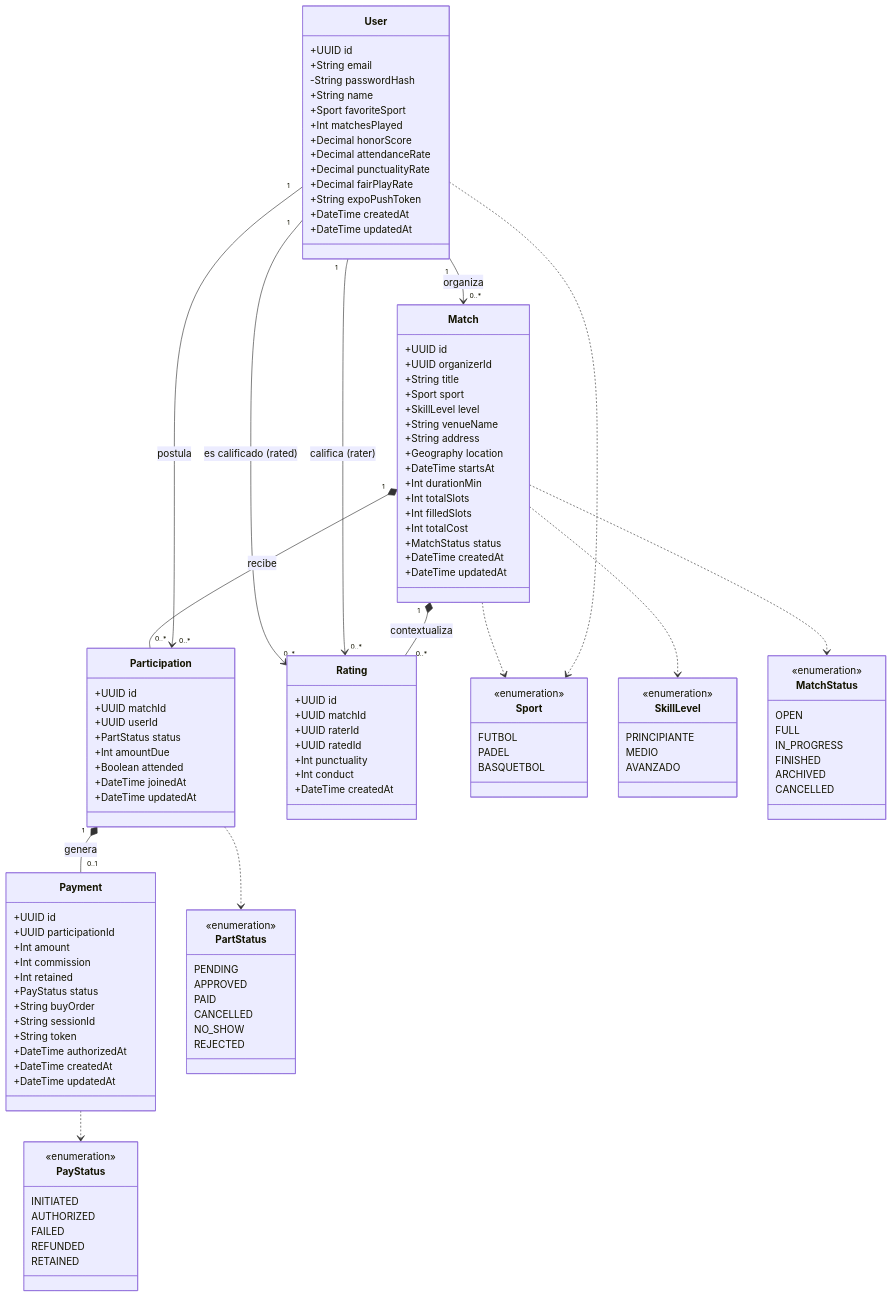
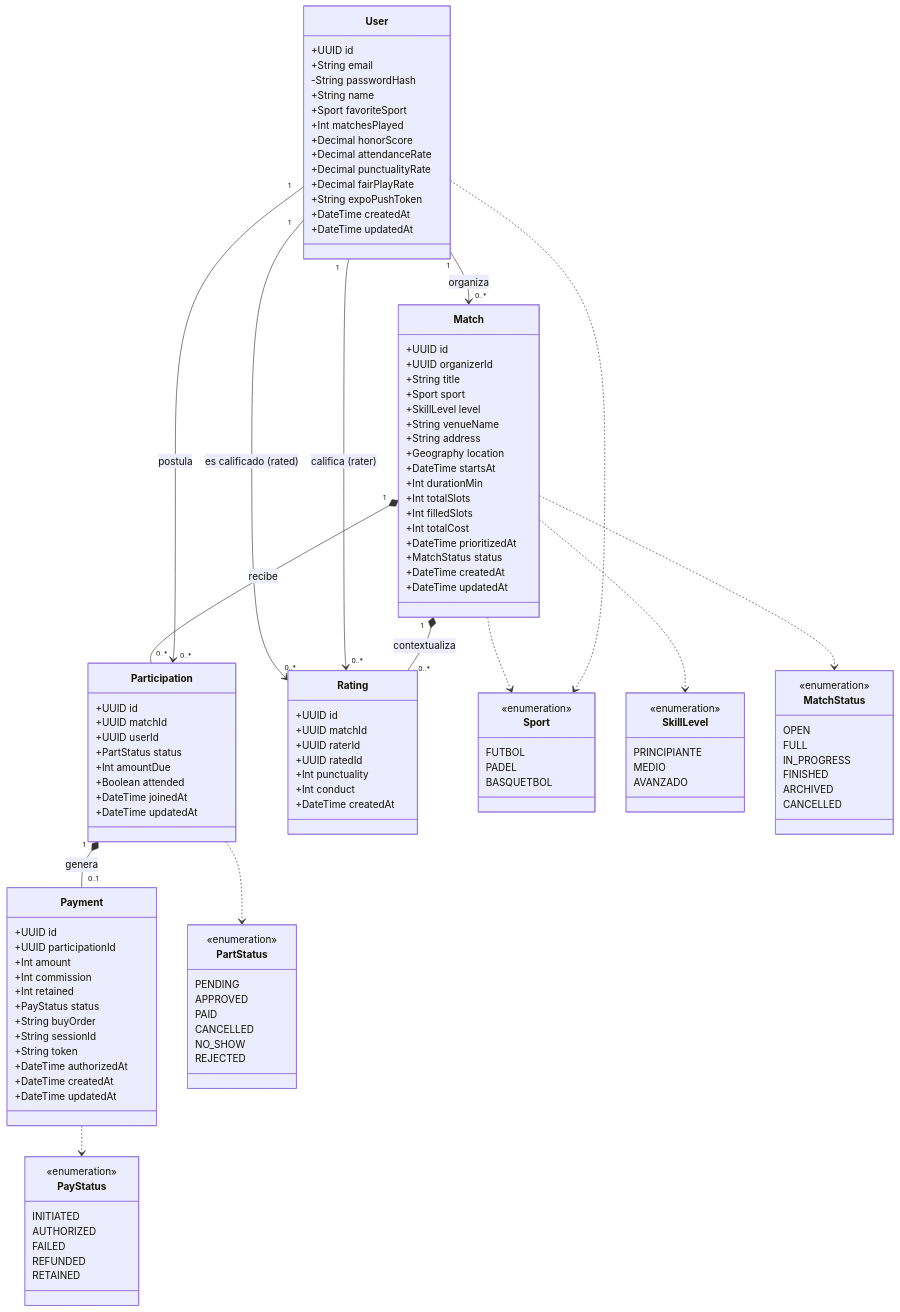
The diagram in fase-2-desarrollo/docs/diagramas/clases-dominio.mmd (avenaaaa/KANCHA), drawn with Mermaid before and after one commit. The commit also changed 19 other files, not shown here.

First line of the commit message:
docs: "Falta uno" destacado en reglas, modelo de datos, diagramas y pruebas (KAN-41)

```diff
--- a/fase-2-desarrollo/docs/diagramas/clases-dominio.mmd
+++ b/fase-2-desarrollo/docs/diagramas/clases-dominio.mmd
@@ -1,131 +1,132 @@
 classDiagram
     direction TB
 
     class User {
         +UUID id
         +String email
         -String passwordHash
         +String name
         +Sport favoriteSport
         +Int matchesPlayed
         +Decimal honorScore
         +Decimal attendanceRate
         +Decimal punctualityRate
         +Decimal fairPlayRate
         +String expoPushToken
         +DateTime createdAt
         +DateTime updatedAt
     }
 
     class Match {
         +UUID id
         +UUID organizerId
         +String title
         +Sport sport
         +SkillLevel level
         +String venueName
         +String address
         +Geography location
         +DateTime startsAt
         +Int durationMin
         +Int totalSlots
         +Int filledSlots
         +Int totalCost
+        +DateTime prioritizedAt
         +MatchStatus status
         +DateTime createdAt
         +DateTime updatedAt
     }
 
     class Participation {
         +UUID id
         +UUID matchId
         +UUID userId
         +PartStatus status
         +Int amountDue
         +Boolean attended
         +DateTime joinedAt
         +DateTime updatedAt
     }
 
     class Rating {
         +UUID id
         +UUID matchId
         +UUID raterId
         +UUID ratedId
         +Int punctuality
         +Int conduct
         +DateTime createdAt
     }
 
     class Payment {
         +UUID id
         +UUID participationId
         +Int amount
         +Int commission
         +Int retained
         +PayStatus status
         +String buyOrder
         +String sessionId
         +String token
         +DateTime authorizedAt
         +DateTime createdAt
         +DateTime updatedAt
     }
 
     class Sport {
         <<enumeration>>
         FUTBOL
         PADEL
         BASQUETBOL
     }
 
     class SkillLevel {
         <<enumeration>>
         PRINCIPIANTE
         MEDIO
         AVANZADO
     }
 
     class MatchStatus {
         <<enumeration>>
         OPEN
         FULL
         IN_PROGRESS
         FINISHED
         ARCHIVED
         CANCELLED
     }
 
     class PartStatus {
         <<enumeration>>
         PENDING
         APPROVED
         PAID
         CANCELLED
         NO_SHOW
         REJECTED
     }
 
     class PayStatus {
         <<enumeration>>
         INITIATED
         AUTHORIZED
         FAILED
         REFUNDED
         RETAINED
     }
 
     User "1" --> "0..*" Match : organiza
     User "1" --> "0..*" Participation : postula
     Match "1" *-- "0..*" Participation : recibe
     Participation "1" *-- "0..1" Payment : genera
     Match "1" *-- "0..*" Rating : contextualiza
     User "1" --> "0..*" Rating : califica (rater)
     User "1" --> "0..*" Rating : es calificado (rated)
 
     User ..> Sport
     Match ..> Sport
     Match ..> SkillLevel
     Match ..> MatchStatus
     Participation ..> PartStatus
     Payment ..> PayStatus
```
